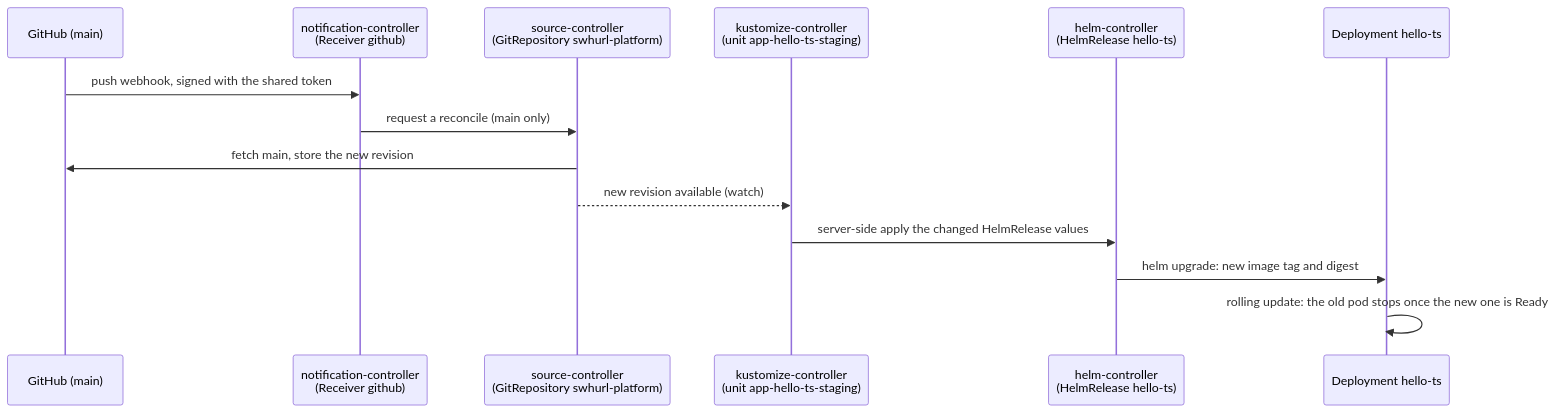
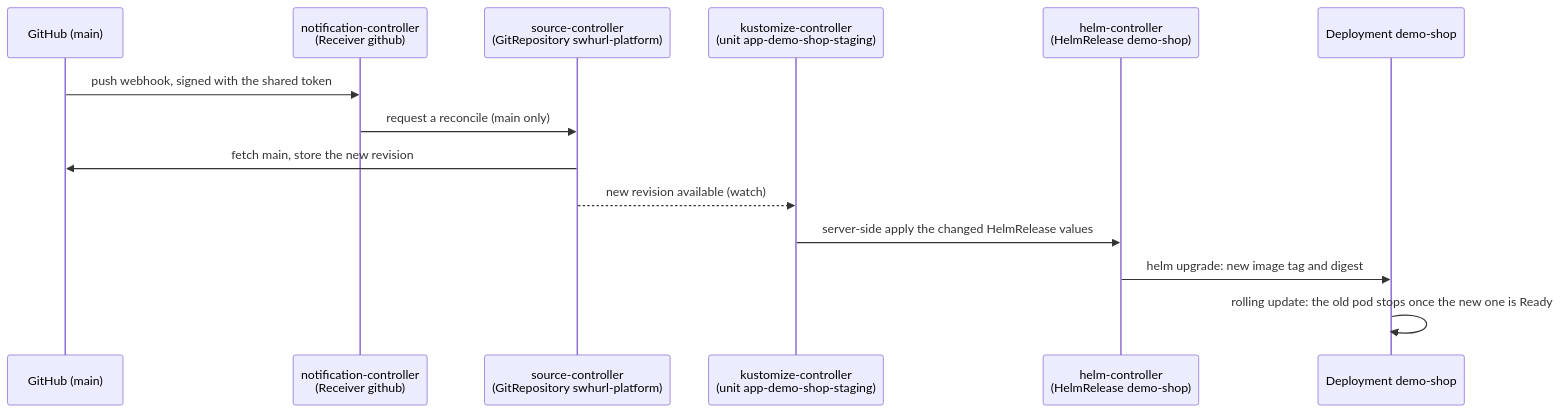
The third of 6 diagrams in docs/architecture.md (samclement/swhurl-platform), drawn with Mermaid before and after one commit. The commit also changed other lines of this file and 8 other files, not shown here.

````diff
--- a/docs/architecture.md
+++ b/docs/architecture.md
@@ -132,16 +132,16 @@
 ```mermaid
 sequenceDiagram
   participant Git as GitHub (main)
   participant NC as notification-controller<br/>(Receiver github)
   participant SC as source-controller<br/>(GitRepository swhurl-platform)
-  participant KC as kustomize-controller<br/>(unit app-hello-ts-staging)
-  participant HC as helm-controller<br/>(HelmRelease hello-ts)
-  participant K as Deployment hello-ts
+  participant KC as kustomize-controller<br/>(unit app-demo-shop-staging)
+  participant HC as helm-controller<br/>(HelmRelease demo-shop)
+  participant K as Deployment demo-shop
   Git->>NC: push webhook, signed with the shared token
   NC->>SC: request a reconcile (main only)
   SC->>Git: fetch main, store the new revision
   SC-->>KC: new revision available (watch)
   KC->>HC: server-side apply the changed HelmRelease values
   HC->>K: helm upgrade: new image tag and digest
   K->>K: rolling update: the old pod stops once the new one is Ready
 ```
````
